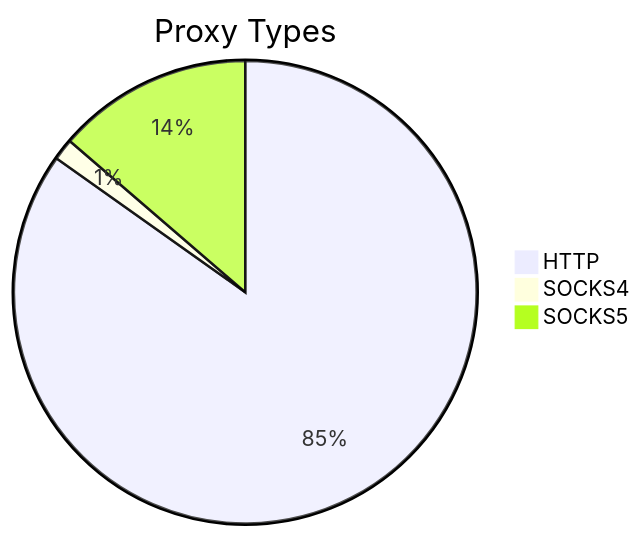
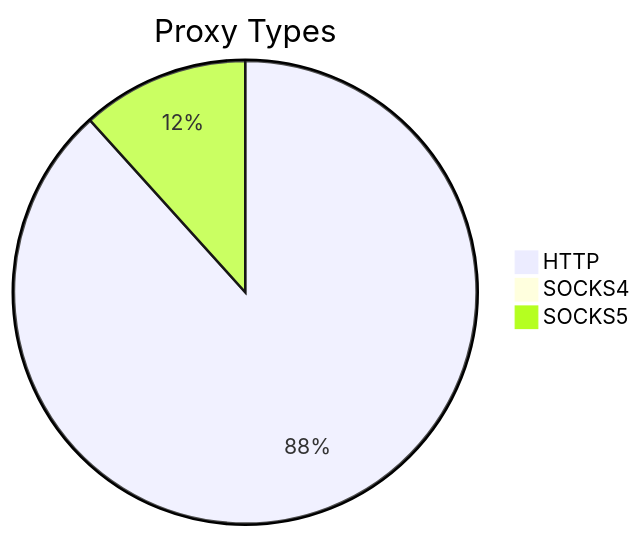
Before and after one commit to stormsia/proxy-list: the first of 2 diagrams in README.md, drawn with Mermaid. The commit also changed other lines of this file, not shown here.

````diff
--- a/README.md
+++ b/README.md
@@ -21,6 +21,6 @@
 ```mermaid
 pie title Proxy Types
-    "HTTP" : 1358
-    "SOCKS4" : 24
-    "SOCKS5" : 219
+    "HTTP" : 990
+    "SOCKS4" : 8
+    "SOCKS5" : 131
 ```
````
